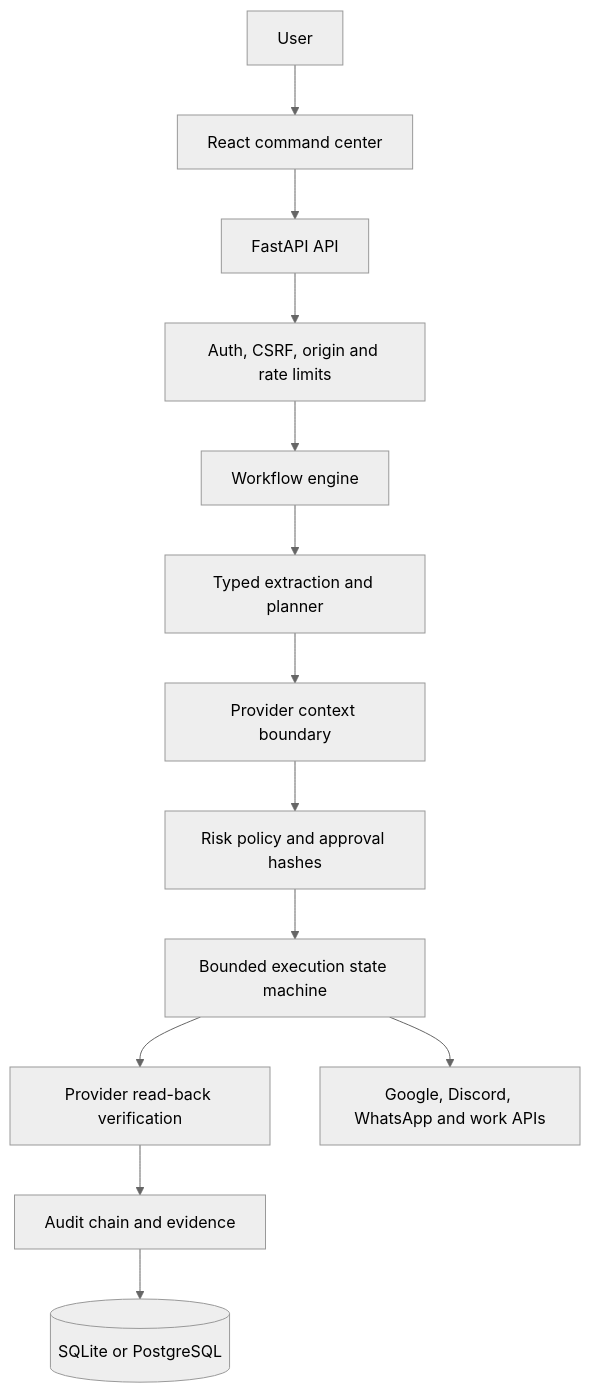
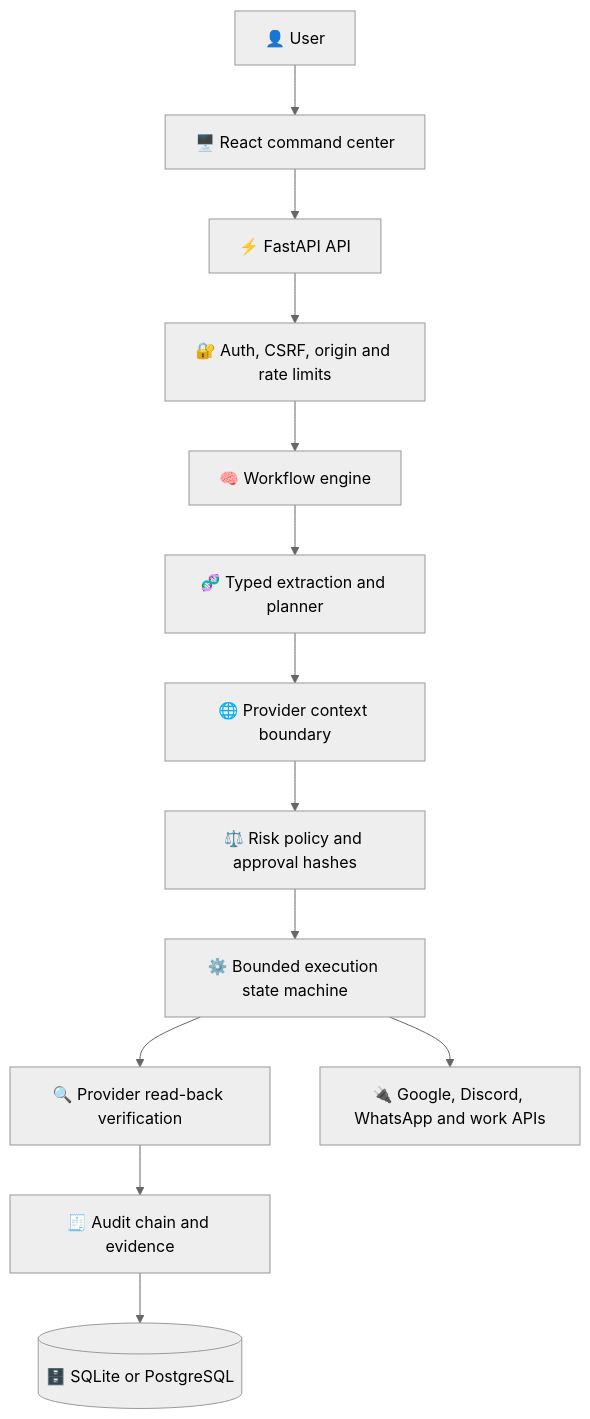
Before and after one commit to 9059Rohith/LIFE-OS: the third of 4 diagrams in README.md, drawn with Mermaid (neutral theme). The commit also changed other lines of this file, not shown here.

````diff
--- a/README.md
+++ b/README.md
@@ -338,15 +370,15 @@
 ```mermaid
 flowchart TD
-    U[User] --> UI[React command center]
-    UI --> API[FastAPI API]
-    API --> SEC[Auth, CSRF, origin and rate limits]
-    SEC --> ENG[Workflow engine]
-    ENG --> PLAN[Typed extraction and planner]
-    PLAN --> CTX[Provider context boundary]
-    CTX --> POLICY[Risk policy and approval hashes]
-    POLICY --> EXEC[Bounded execution state machine]
-    EXEC --> VERIFY[Provider read-back verification]
-    VERIFY --> AUDIT[Audit chain and evidence]
-    AUDIT --> DB[(SQLite or PostgreSQL)]
-    EXEC --> PROVIDERS[Google, Discord, WhatsApp and work APIs]
+    U[👤 User] --> UI[🖥️ React command center]
+    UI --> API[⚡ FastAPI API]
+    API --> SEC[🔐 Auth, CSRF, origin and rate limits]
+    SEC --> ENG[🧠 Workflow engine]
+    ENG --> PLAN[🧬 Typed extraction and planner]
+    PLAN --> CTX[🌐 Provider context boundary]
+    CTX --> POLICY[⚖️ Risk policy and approval hashes]
+    POLICY --> EXEC[⚙️ Bounded execution state machine]
+    EXEC --> VERIFY[🔍 Provider read-back verification]
+    VERIFY --> AUDIT[🧾 Audit chain and evidence]
+    AUDIT --> DB[(🗄️ SQLite or PostgreSQL)]
+    EXEC --> PROVIDERS[🔌 Google, Discord, WhatsApp and work APIs]
 ```
````
